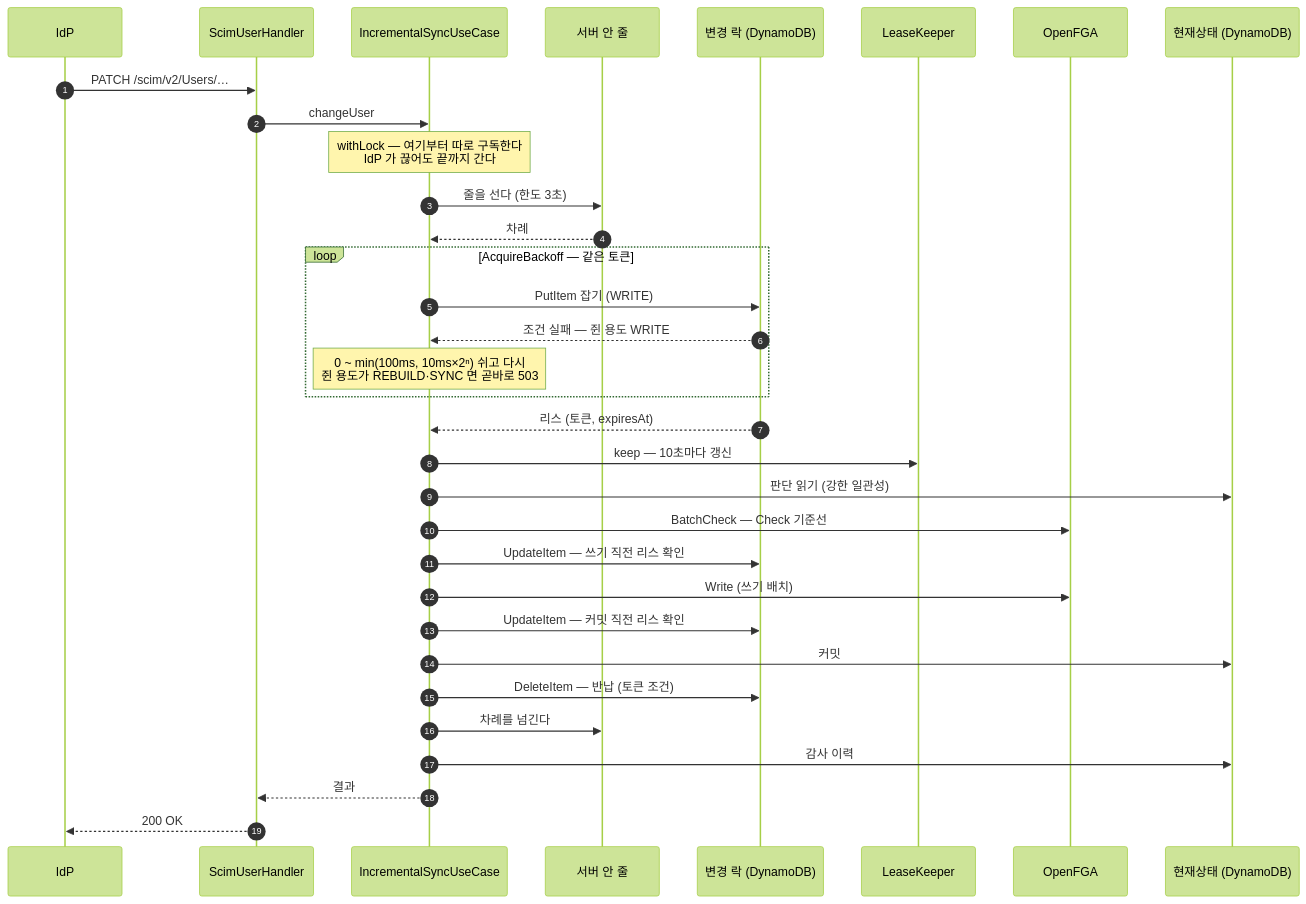
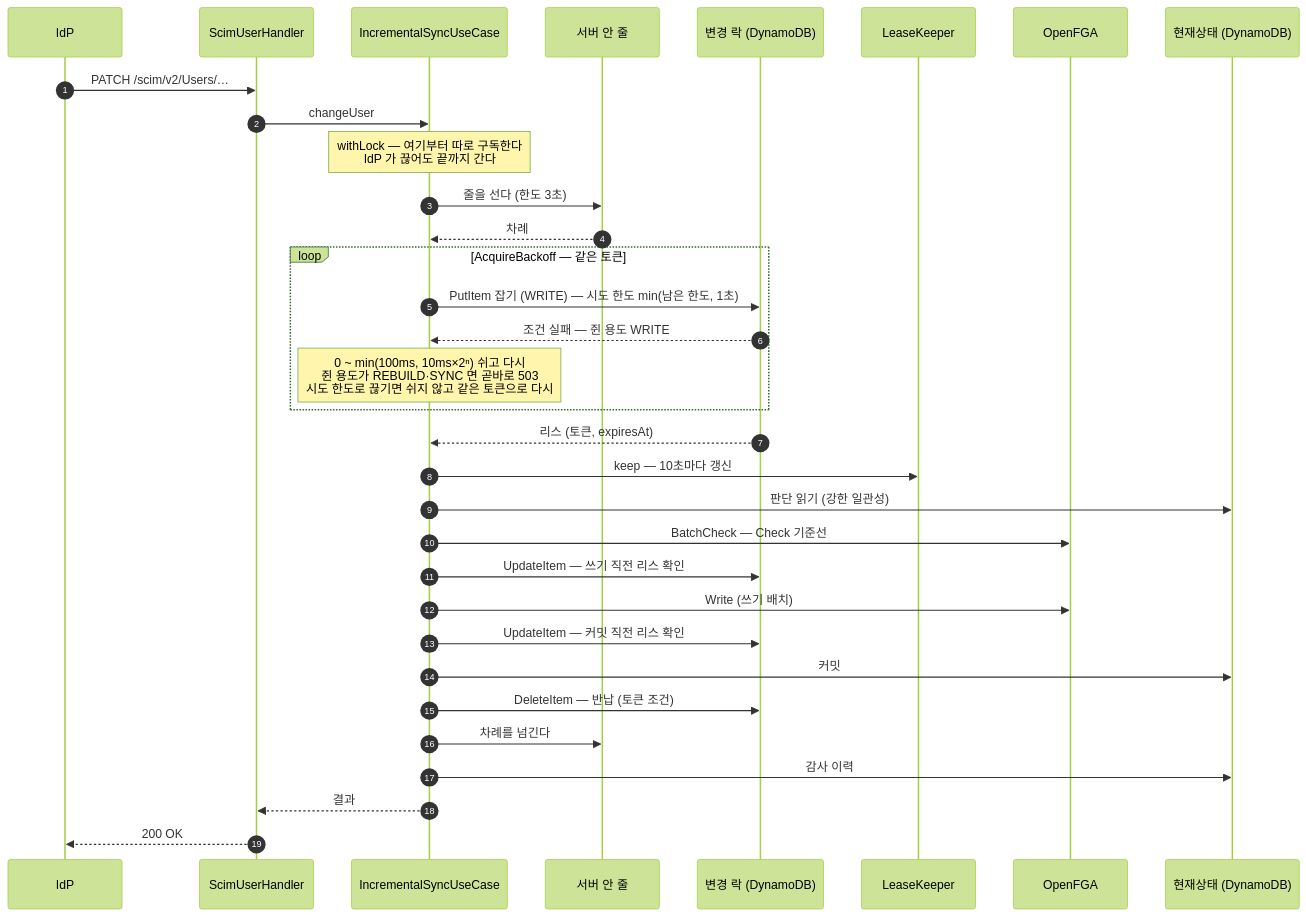
One commit to starryeye/organization changed the first of 2 diagrams in docs/onboarding/08-동시성과-작업.md. Above: the diagram before and after it, drawn with Mermaid (forest theme). The commit also changed other lines of this file and 15 other files, not shown here.

````diff
--- a/docs/onboarding/08-동시성과-작업.md
+++ b/docs/onboarding/08-동시성과-작업.md
@@ -171,36 +171,36 @@
 ```mermaid
 sequenceDiagram
     autonumber
     participant IdP
     participant H as ScimUserHandler
     participant U as IncrementalSyncUseCase
     participant Q as 서버 안 줄
     participant L as 변경 락 (DynamoDB)
     participant K as LeaseKeeper
     participant F as OpenFGA
     participant D as 현재상태 (DynamoDB)
 
     IdP->>H: PATCH /scim/v2/Users/…
     H->>U: changeUser
     Note over U: withLock — 여기부터 따로 구독한다<br/>IdP 가 끊어도 끝까지 간다
     U->>Q: 줄을 선다 (한도 3초)
     Q-->>U: 차례
     loop AcquireBackoff — 같은 토큰
-        U->>L: PutItem 잡기 (WRITE)
+        U->>L: PutItem 잡기 (WRITE) — 시도 한도 min(남은 한도, 1초)
         L-->>U: 조건 실패 — 쥔 용도 WRITE
-        Note over U: 0 ~ min(100ms, 10ms×2ⁿ) 쉬고 다시<br/>쥔 용도가 REBUILD·SYNC 면 곧바로 503
+        Note over U: 0 ~ min(100ms, 10ms×2ⁿ) 쉬고 다시<br/>쥔 용도가 REBUILD·SYNC 면 곧바로 503<br/>시도 한도로 끊기면 쉬지 않고 같은 토큰으로 다시
     end
     L-->>U: 리스 (토큰, expiresAt)
     U->>K: keep — 10초마다 갱신
     U->>D: 판단 읽기 (강한 일관성)
     U->>F: BatchCheck — Check 기준선
     U->>L: UpdateItem — 쓰기 직전 리스 확인
     U->>F: Write (쓰기 배치)
     U->>L: UpdateItem — 커밋 직전 리스 확인
     U->>D: 커밋
     U->>L: DeleteItem — 반납 (토큰 조건)
     U->>Q: 차례를 넘긴다
     U->>D: 감사 이력
     U-->>H: 결과
     H-->>IdP: 200 OK
 ```
````
